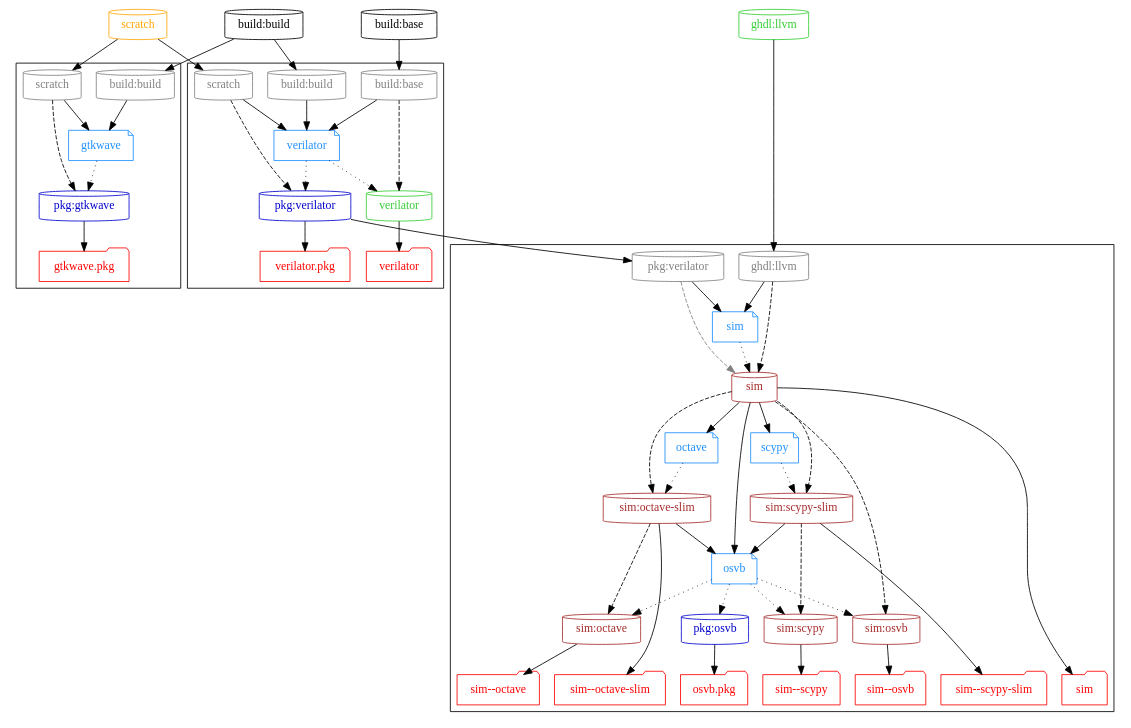
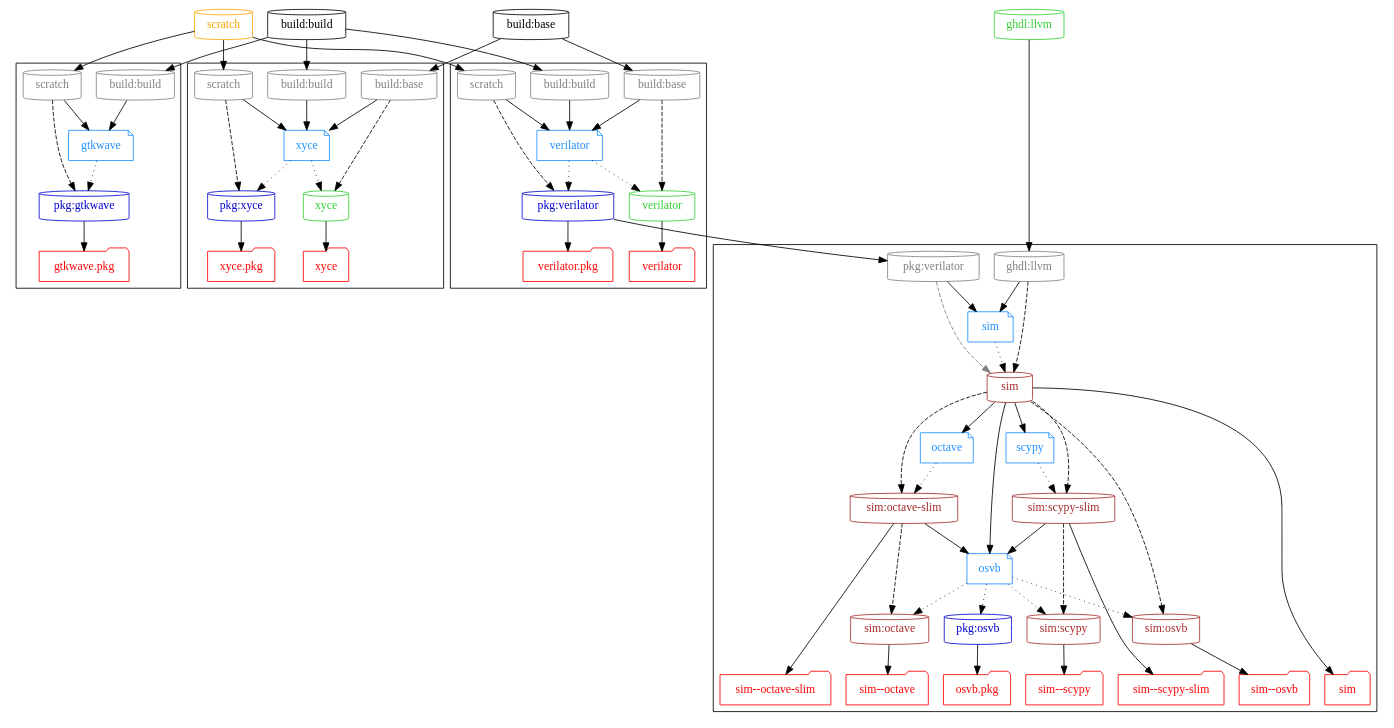
Before and after one commit to hdl/containers: the diagram in graph/sim.dot, drawn with Graphviz. The commit also changed 2 other files, not shown here.

Commit message:
doc: add xyce to ci, table and graphs

```diff
--- a/graph/sim.dot
+++ b/graph/sim.dot
@@ -31,6 +31,7 @@
     d_octave    [label="octave"];
     d_scypy     [label="scypy"];
     d_osvb      [label="osvb"];
+    d_xyce      [label="xyce"];
   }
 
   # Images
@@ -41,11 +42,13 @@
     { node [color=limegreen, fontcolor=limegreen]
       "verilator"
       "ghdl:llvm"
+      "xyce"
     }
     { node [color=mediumblue, fontcolor=mediumblue]
       "pkg:gtkwave"
       "pkg:verilator"
       "pkg:osvb"
+      "pkg:xyce"
     }
     { node [color=brown, fontcolor=brown]
       "sim"
@@ -159,6 +162,29 @@
     "sim:octave" -> "t_sim:octave";
   }
 
+  subgraph cluster_xyce {
+    { rank=same
+      node [shape=cylinder, color=grey, fontcolor=grey]
+      "p_xyce_build:build" [label="build:build"]
+      "p_xyce_build:base" [label="build:base"]
+      "p_xyce_scratch" [label="scratch"]
+    }
+
+    d_xyce -> {
+      "xyce"
+      "pkg:xyce"
+    } [style=dotted];
+
+    {
+      node [shape=folder, color=red, fontcolor=red]
+      "t_xyce" [label="xyce"];
+      "t_pkg:xyce" [label="xyce.pkg"];
+    }
+
+    "xyce" -> "t_xyce";
+    "pkg:xyce" -> "t_pkg:xyce";
+  }
+
   # Dockerfile dependencies
 
   "build:build" -> "p_gtkwave_build:build" -> d_gtkwave;
@@ -167,6 +193,10 @@
   "build:build" -> "p_verilator_build:build" -> d_verilator;
   "build:base" -> "p_verilator_build:base" -> d_verilator;
   "scratch" -> "p_verilator_scratch" -> d_verilator;
+
+  "build:build" -> "p_xyce_build:build" -> d_xyce;
+  "build:base" -> "p_xyce_build:base" -> d_xyce;
+  "scratch" -> "p_xyce_scratch" -> d_xyce;
 
   "ghdl:llvm" -> "p_sim_ghdl:llvm" -> d_sim;
   "pkg:verilator" -> "p_sim_pkg:verilator" -> d_sim;
@@ -178,6 +208,9 @@
 
     "p_verilator_build:base" -> "verilator";
     "p_verilator_scratch" -> "pkg:verilator";
+
+    "p_xyce_build:base" -> "xyce";
+    "p_xyce_scratch" -> "pkg:xyce";
 
     "p_sim_ghdl:llvm" -> "sim" -> {
       "sim:osvb"
```
